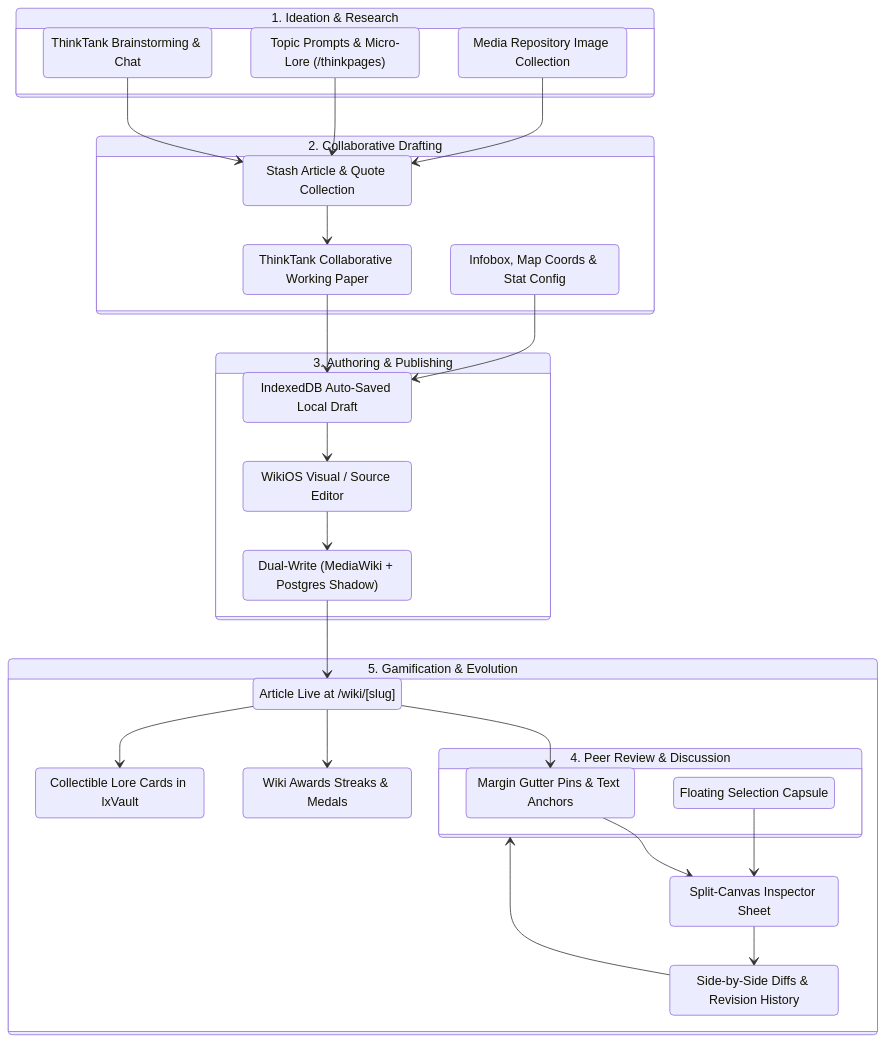
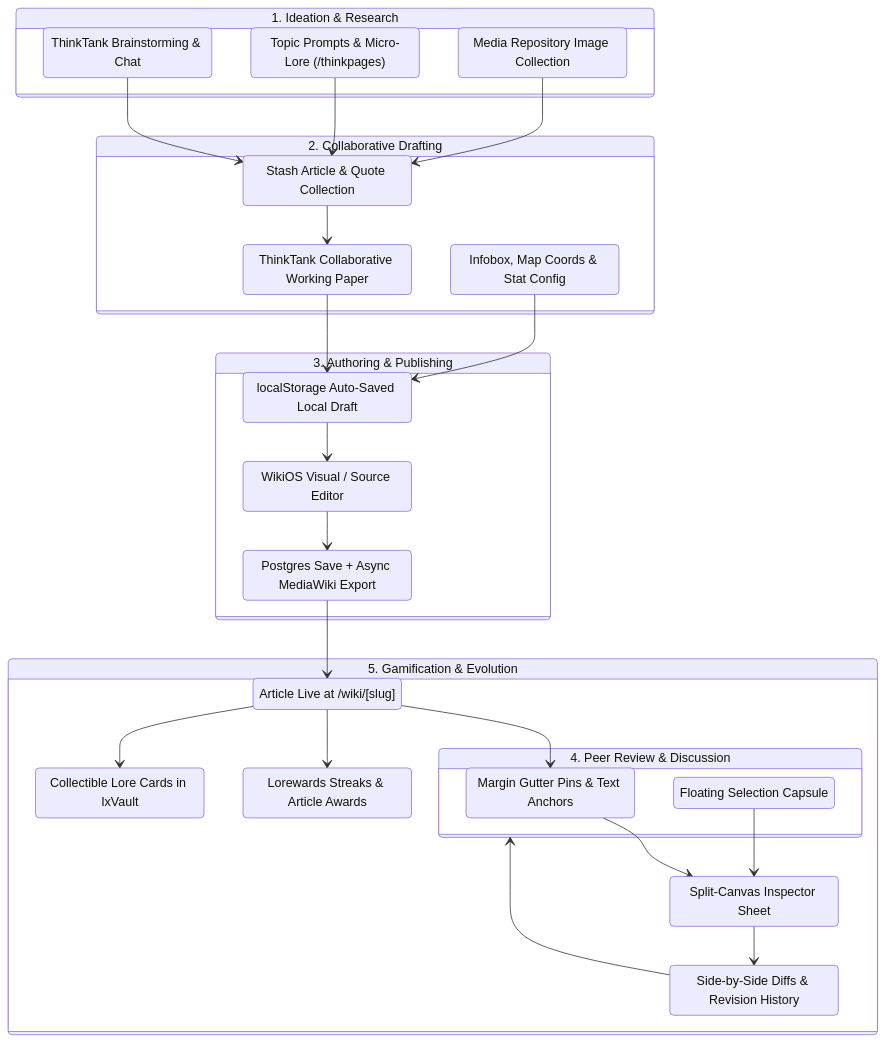
The diagram in docs/systems/lore-lifecycle.md (algolds/ixstats), drawn with Mermaid before and after one commit. The commit also changed other lines of this file and 69 other files, not shown here.

````diff
--- a/docs/systems/lore-lifecycle.md
+++ b/docs/systems/lore-lifecycle.md
@@ -29,56 +29,56 @@
 ```mermaid
 stateDiagram-v2
     direction TB
     
     state "1. Ideation & Research" as Phase1 {
         ThinkTankChat: ThinkTank Brainstorming & Chat
         BlurbsPrompt: Topic Prompts & Micro-Lore (/thinkpages)
         Stash: Stash Article & Quote Collection
         Repository: Media Repository Image Collection
         
         ThinkTankChat --> Stash
         BlurbsPrompt --> Stash
         Repository --> Stash
     }
     
     state "2. Collaborative Drafting" as Phase2 {
         WorkingDoc: ThinkTank Collaborative Working Paper
         TemplateConfig: Infobox, Map Coords & Stat Config
-        LocalDraft: IndexedDB Auto-Saved Local Draft
+        LocalDraft: localStorage Auto-Saved Local Draft
         
         Stash --> WorkingDoc
         WorkingDoc --> LocalDraft
         TemplateConfig --> LocalDraft
     }
     
     state "3. Authoring & Publishing" as Phase3 {
         VisualEditor: WikiOS Visual / Source Editor
-        MediaWikiSave: Dual-Write (MediaWiki + Postgres Shadow)
+        MediaWikiSave: Postgres Save + Async MediaWiki Export
         ArticleLive: Article Live at /wiki/[slug]
         
         LocalDraft --> VisualEditor
         VisualEditor --> MediaWikiSave
         MediaWikiSave --> ArticleLive
     }
     
     state "4. Peer Review & Discussion" as Phase4 {
         Inspector: Split-Canvas Inspector Sheet
         GutterPins: Margin Gutter Pins & Text Anchors
         SelectionPill: Floating Selection Capsule
         
         ArticleLive --> GutterPins
         GutterPins --> Inspector
         SelectionPill --> Inspector
     }
     
     state "5. Gamification & Evolution" as Phase5 {
-        WikiAwards: Wiki Awards Streaks & Medals
+        WikiAwards: Lorewards Streaks & Article Awards
         LoreCards: Collectible Lore Cards in IxVault
         RevisionSync: Side-by-Side Diffs & Revision History
         
         Inspector --> RevisionSync
         ArticleLive --> WikiAwards
         ArticleLive --> LoreCards
         RevisionSync --> Phase4
     }
 ```
````
